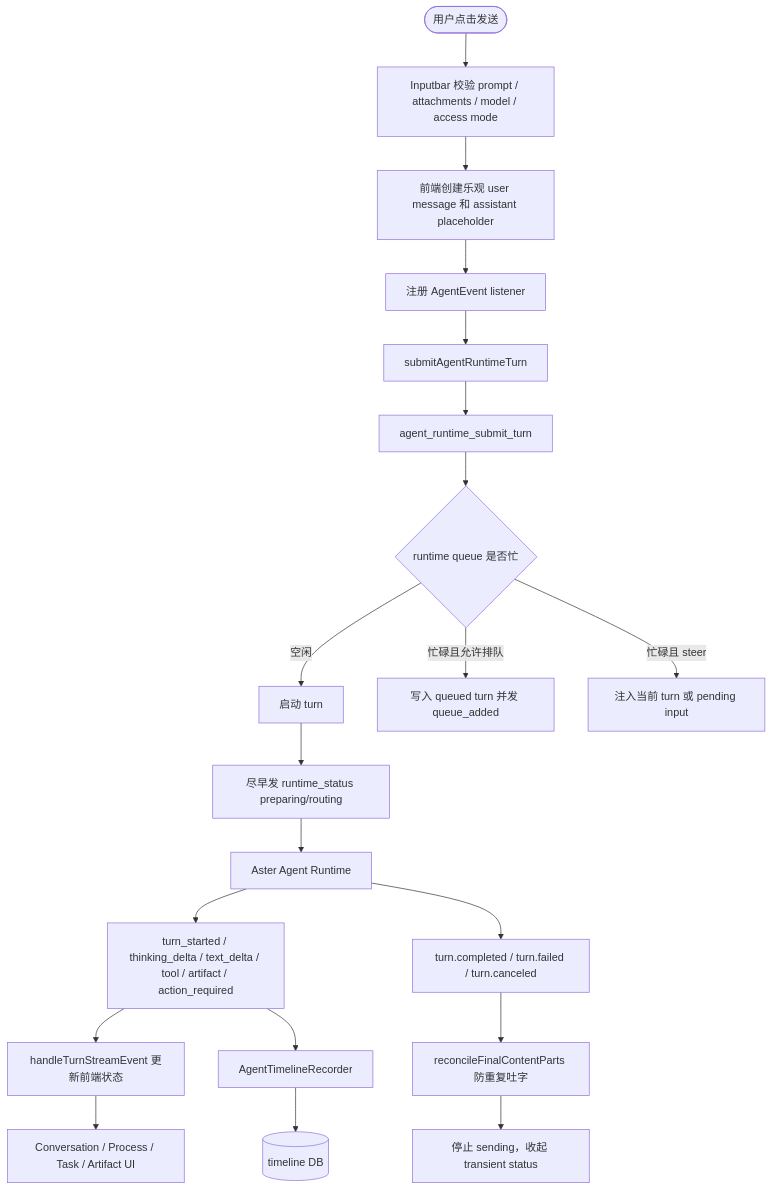
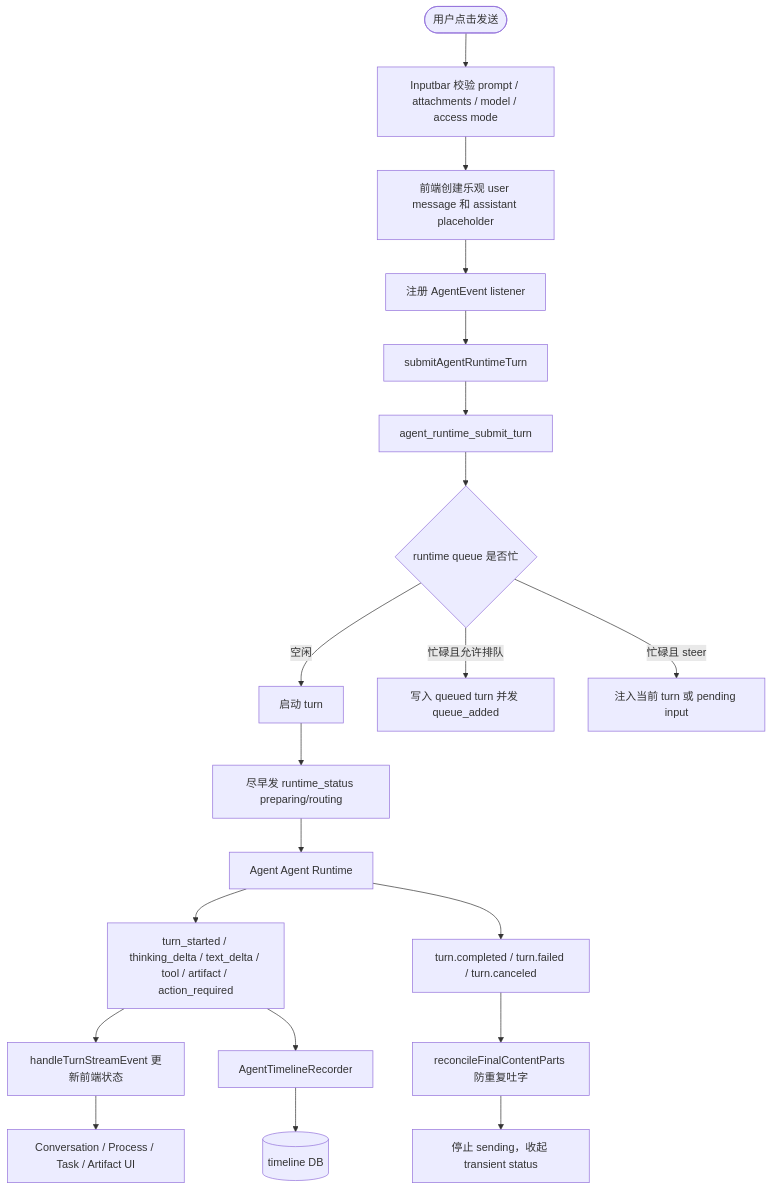
The first of 8 diagrams in internal/roadmap/agentui/lime-agentui-event-flow.md (jiujuan/lime), drawn with Mermaid before and after one commit. The commit also changed 975 other files, not shown here.

````diff
--- a/internal/roadmap/agentui/lime-agentui-event-flow.md
+++ b/internal/roadmap/agentui/lime-agentui-event-flow.md
@@ -28,23 +28,23 @@
 ```mermaid
 flowchart TB
   Start([用户点击发送]) --> Validate[Inputbar 校验 prompt / attachments / model / access mode]
   Validate --> Optimistic[前端创建乐观 user message 和 assistant placeholder]
   Optimistic --> Bind[注册 AgentEvent listener]
   Bind --> Submit[submitAgentRuntimeTurn]
   Submit --> Command[agent_runtime_submit_turn]
   Command --> Queue{runtime queue 是否忙}
   Queue -->|空闲| StartTurn[启动 turn]
   Queue -->|忙碌且允许排队| Enqueue[写入 queued turn 并发 queue_added]
   Queue -->|忙碌且 steer| Steer[注入当前 turn 或 pending input]
 
   StartTurn --> EarlyStatus[尽早发 runtime_status preparing/routing]
-  EarlyStatus --> Runtime[Aster Agent Runtime]
+  EarlyStatus --> Runtime[Agent Agent Runtime]
   Runtime --> Events[turn_started / thinking_delta / text_delta / tool / artifact / action_required]
   Events --> FrontendReducer[handleTurnStreamEvent 更新前端状态]
   FrontendReducer --> UI[Conversation / Process / Task / Artifact UI]
   Events --> Recorder[AgentTimelineRecorder]
   Recorder --> TimelineDb[(timeline DB)]
   Runtime --> Done[turn.completed / turn.failed / turn.canceled]
   Done --> Reconcile[reconcileFinalContentParts 防重复吐字]
   Reconcile --> Complete[停止 sending，收起 transient status]
 ```
````
